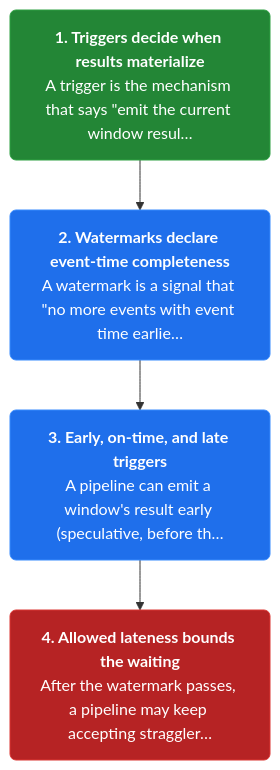
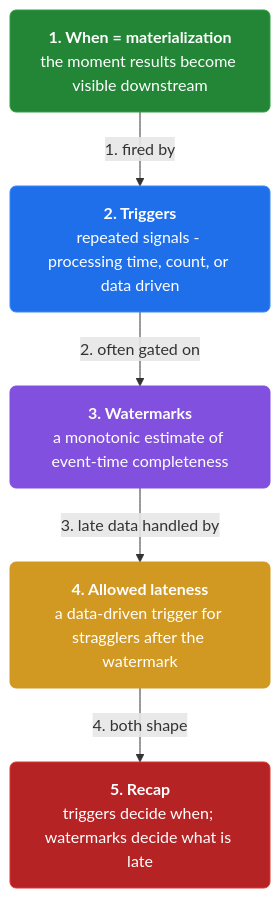
Before and after one commit to vinayakuber/streaming-systems-study-guide: the second of 19 diagrams in docs/ch02-the-what-where-when-and-how-of-data-processing.md, drawn with Mermaid. The commit also changed other lines of this file and 12 other files, not shown here.

First line of the commit message:
Author per-section and per-card mermaid diagrams (110 diagrams)

````diff
--- a/docs/ch02-the-what-where-when-and-how-of-data-processing.md
+++ b/docs/ch02-the-what-where-when-and-how-of-data-processing.md
@@ -51,13 +57,17 @@
 ```mermaid
 flowchart TD
-  classDef step fill:#1f6feb,color:#ffffff,stroke:#388bfd,stroke-width:1px,rx:6
+  classDef step fill:#1f6feb,color:#ffffff,stroke:#388bfd,rx:6
+  classDef core fill:#8250df,color:#ffffff,stroke:#8250df,rx:6
+  classDef warn fill:#d29922,color:#ffffff,stroke:#d29922,rx:6
   classDef start fill:#238636,color:#ffffff,stroke:#2ea043,rx:6
   classDef stop fill:#b62324,color:#ffffff,stroke:#da3633,rx:6
-  s1n0["<b>1. Triggers decide when results materialize</b><br/>A trigger is the mechanism that says #quot;emit the current window resul…"]:::start
-  s1n1["<b>2. Watermarks declare event-time completeness</b><br/>A watermark is a signal that #quot;no more events with event time earlie…"]:::step
-  s1n2["<b>3. Early, on-time, and late triggers</b><br/>A pipeline can emit a window's result early (speculative, before th…"]:::step
-  s1n3["<b>4. Allowed lateness bounds the waiting</b><br/>After the watermark passes, a pipeline may keep accepting straggler…"]:::stop
-  s1n0 --> s1n1
-  s1n1 --> s1n2
-  s1n2 --> s1n3
+  n0["<b>1. When = materialization</b><br/>the moment results become visible downstream"]:::start
+  n1["<b>2. Triggers</b><br/>repeated signals - processing time, count, or data driven"]:::step
+  n2["<b>3. Watermarks</b><br/>a monotonic estimate of event-time completeness"]:::core
+  n3["<b>4. Allowed lateness</b><br/>a data-driven trigger for stragglers after the watermark"]:::warn
+  n4["<b>5. Recap</b><br/>triggers decide when; watermarks decide what is late"]:::stop
+  n0 -->|"1. fired by"| n1
+  n1 -->|"2. often gated on"| n2
+  n2 -->|"3. late data handled by"| n3
+  n3 -->|"4. both shape"| n4
 ```
````
